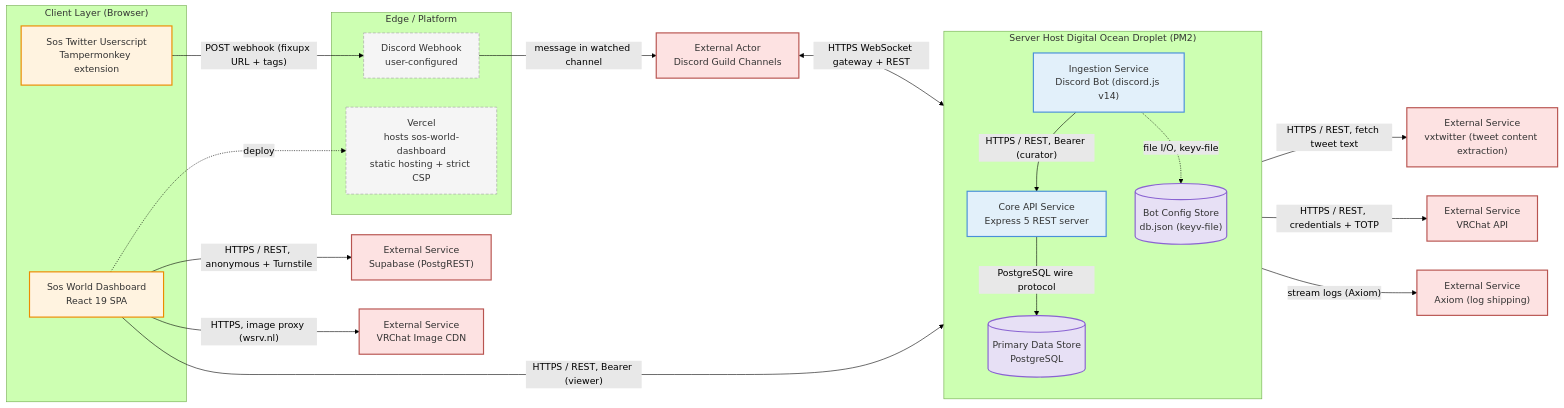
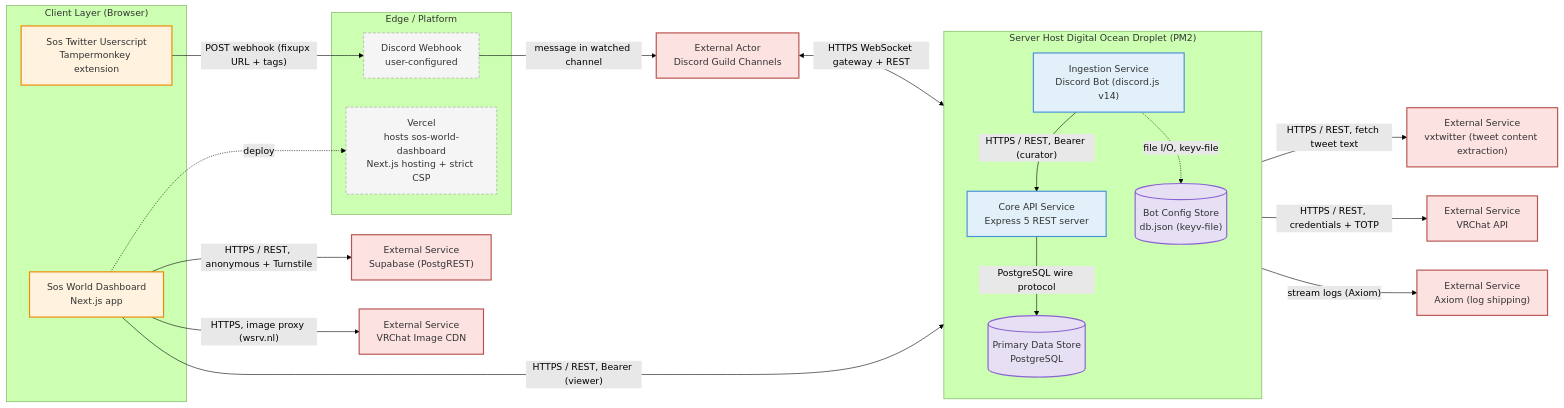
The diagram in README.md (Moistbobo/vrc-world-dashboard), drawn with Mermaid (forest theme) before and after one commit. The commit also changed other lines of this file and 1 other file, not shown here.

Commit message:
docs(next): update agent notes and readme for the Next.js stack

````diff
--- a/README.md
+++ b/README.md
@@ -34,55 +34,55 @@
 ```mermaid
 ---
 config:
   layout: fixed
 ---
 flowchart LR
  subgraph client["Client Layer (Browser)"]
         us["Sos Twitter Userscript<br>Tampermonkey extension"]
-        dash["Sos World Dashboard<br>React 19 SPA"]
+        dash["Sos World Dashboard<br>Next.js app"]
   end
  subgraph edge["Edge / Platform"]
         webhook["Discord Webhook<br>user-configured"]
-        vercel["Vercel<br>hosts sos-world-dashboard<br>static hosting + strict CSP"]
+        vercel["Vercel<br>hosts sos-world-dashboard<br>Next.js hosting + strict CSP"]
   end
  subgraph runtime["Server Host Digital Ocean Droplet (PM2)"]
     direction TB
         bot["Ingestion Service<br>Discord Bot (discord.js v14)"]
         api["Core API Service<br>Express 5 REST server"]
         pgsql[("Primary Data Store<br>PostgreSQL")]
         botcfg[("Bot Config Store<br>db.json (keyv-file)")]
   end
     us -- POST webhook (fixupx URL + tags) --> webhook
     webhook -- message in watched channel --> discord["External Actor<br>Discord Guild Channels"]
     discord <-- HTTPS WebSocket gateway + REST --> bot
     bot -- HTTPS / REST, Bearer (curator) --> api
     api -- HTTPS / REST, fetch tweet text --> vxtwitter["External Service<br>vxtwitter (tweet content extraction)"]
     dash -- HTTPS / REST, Bearer (viewer) --> api
     dash -- HTTPS / REST, anonymous + Turnstile --> supabase["External Service<br>Supabase (PostgREST)"]
     api -- HTTPS / REST, credentials + TOTP --> vrchat["External Service<br>VRChat API"]
     api -- PostgreSQL wire protocol --> pgsql
     bot -. "file I/O, keyv-file" .-> botcfg
     dash -- "HTTPS, image proxy (wsrv.nl)" --> imagecdn["External Service<br>VRChat Image CDN"]
     dash -. deploy .-> vercel
     api -- stream logs (Axiom) --> axiom["External Service<br>Axiom (log shipping)"]
 
      us:::client
      dash:::client
      webhook:::boundary
      vercel:::boundary
      bot:::service
      api:::service
      pgsql:::store
      botcfg:::store
      discord:::external
      vrchat:::external
      vxtwitter:::external
      supabase:::external
      imagecdn:::external
      axiom:::external
     classDef external fill:#fde2e2,stroke:#b85450,stroke-width:2px,color:#333
     classDef store fill:#e7e0f5,stroke:#8a63d2,stroke-width:2px,color:#333
     classDef service fill:#e2f0fa,stroke:#4a90d9,stroke-width:2px,color:#333
     classDef boundary fill:#f5f5f5,stroke:#9e9e9e,stroke-dasharray:5 3,color:#333
     classDef client fill:#fff3e0,stroke:#ed8b00,stroke-width:2px,color:#333
 ```
````
